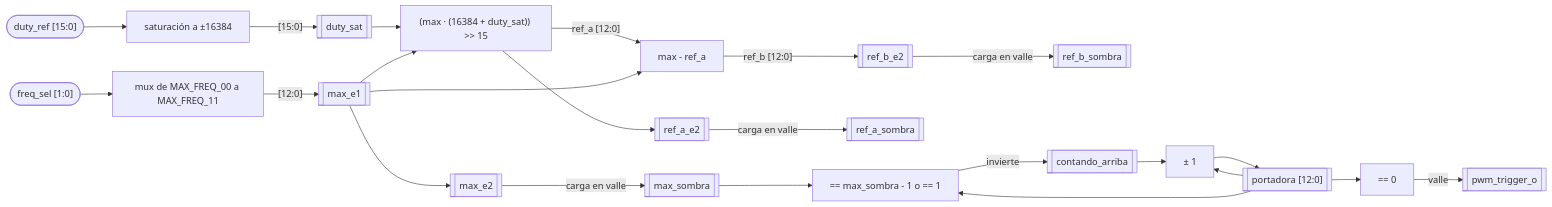
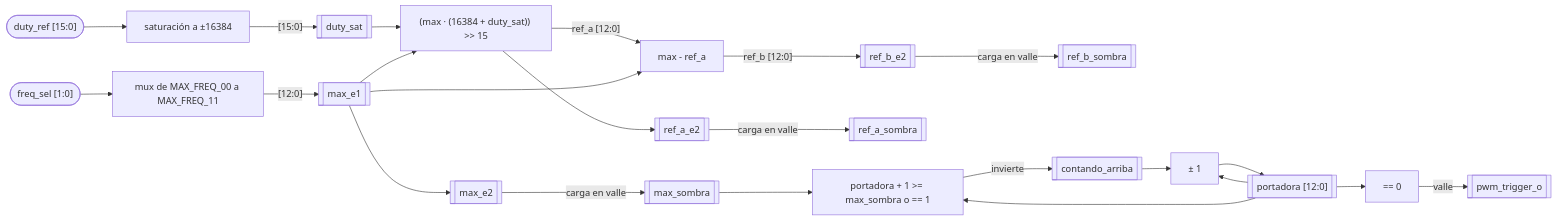
One commit to Taller-de-diseno-digital-GR01/Proyecto-4-Regulador-PR changed the fourth of 6 diagrams in docs/diseño/modulos/nucleo_pwm.md. Above: the diagram before and after it, drawn with Mermaid. The commit also changed other lines of this file, not shown here.

````diff
--- a/docs/diseño/modulos/nucleo_pwm.md
+++ b/docs/diseño/modulos/nucleo_pwm.md
@@ -244,29 +243,29 @@
 ```mermaid
 flowchart LR
     DUTY(["duty_ref [15:0]"]) --> SAT["saturación a ±16384"]
     FSEL(["freq_sel [1:0]"]) --> MUX["mux de MAX_FREQ_00 a MAX_FREQ_11"]
 
     SAT -->|"[15:0]"| R1D[["duty_sat"]]
     MUX -->|"[12:0]"| R1M[["max_e1"]]
 
     R1D --> MUL["(max · (16384 + duty_sat)) >> 15"]
     R1M --> MUL
     MUL -->|"ref_a [12:0]"| SUB["max - ref_a"]
     R1M --> SUB
     MUL --> R2A[["ref_a_e2"]]
     SUB -->|"ref_b [12:0]"| R2B[["ref_b_e2"]]
     R1M --> R2M[["max_e2"]]
 
     R2A -->|"carga en valle"| SA[["ref_a_sombra"]]
     R2B -->|"carga en valle"| SB[["ref_b_sombra"]]
     R2M -->|"carga en valle"| SM[["max_sombra"]]
 
     CNT[["portadora [12:0]"]] --> SUMA["± 1"]
     DIR[["contando_arriba"]] --> SUMA
     SUMA --> CNT
-    CNT --> FIN["== max_sombra - 1 o == 1"]
+    CNT --> FIN["portadora + 1 >= max_sombra o == 1"]
     SM --> FIN
     FIN -->|"invierte"| DIR
     CNT --> VAL["== 0"]
     VAL -->|"valle"| TRG[["pwm_trigger_o"]]
 ```
````
